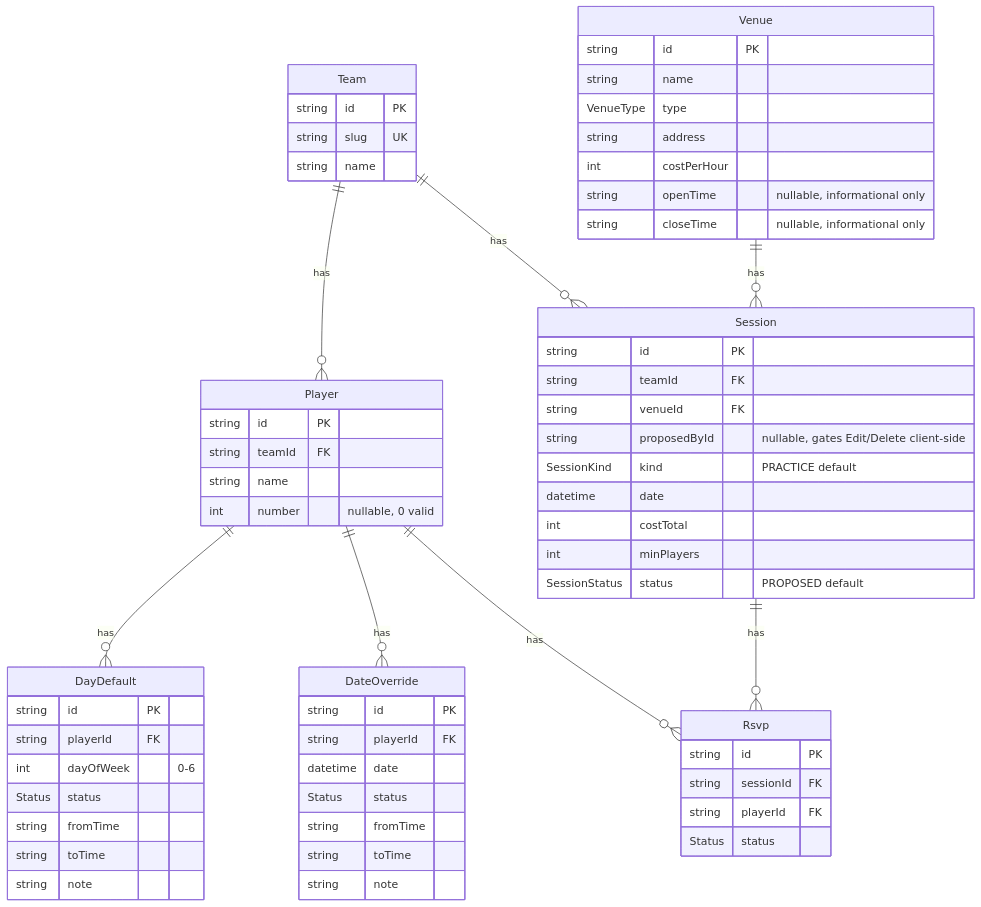
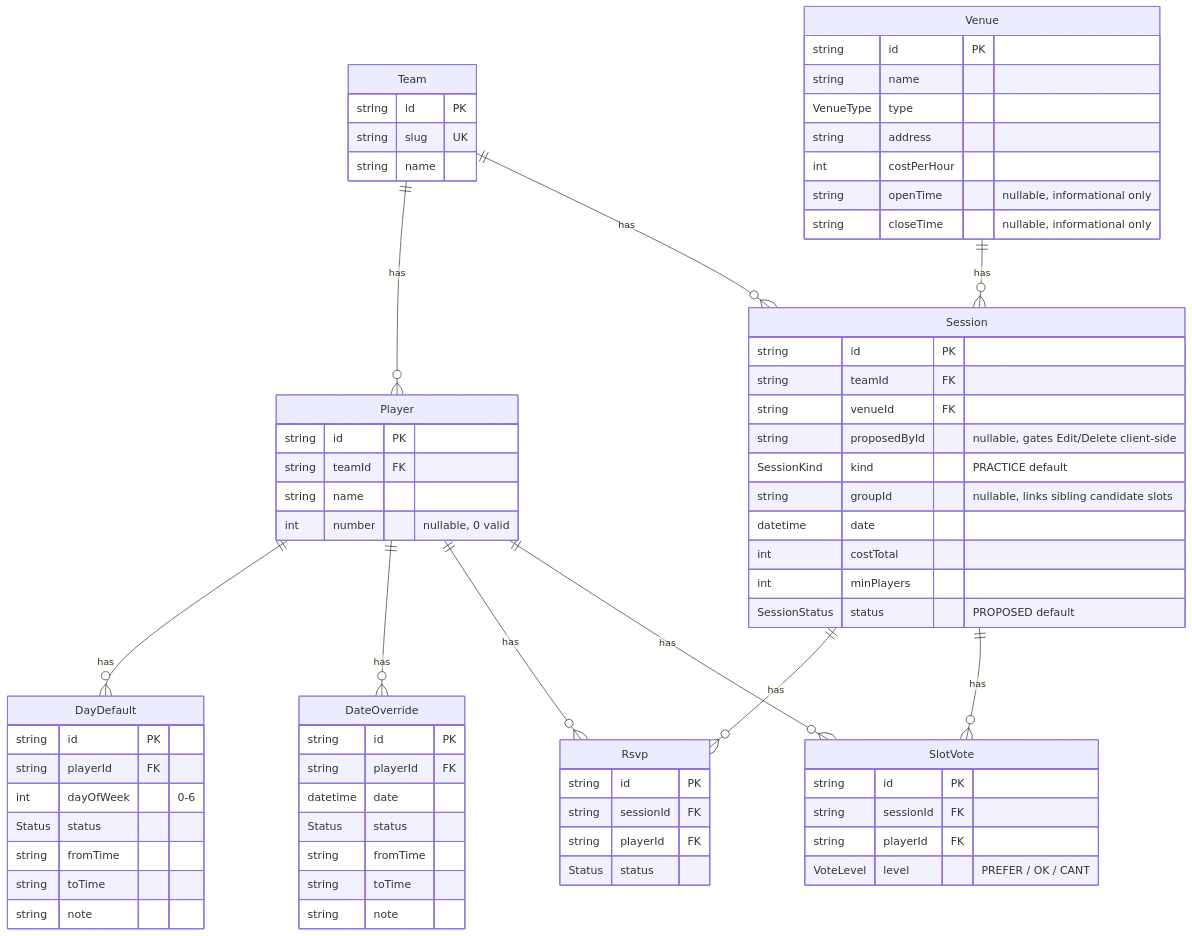
Before and after one commit to tmdbah/practice-runs: the third of 11 diagrams in context/practiceRuns-Architecture.md, drawn with Mermaid. The commit also changed other lines of this file and 27 other files, not shown here.

First line of the commit message:
feat: add multi-slot session voting with turnout-ranked candidate times

````diff
--- a/context/practiceRuns-Architecture.md
+++ b/context/practiceRuns-Architecture.md
@@ -93,66 +93,75 @@
 ```mermaid
 erDiagram
     Team ||--o{ Player : has
     Player ||--o{ DayDefault : has
     Player ||--o{ DateOverride : has
     Team ||--o{ Session : has
     Venue ||--o{ Session : has
     Session ||--o{ Rsvp : has
     Player ||--o{ Rsvp : has
+    Session ||--o{ SlotVote : has
+    Player ||--o{ SlotVote : has
 
     Team {
         string id PK
         string slug UK
         string name
     }
     Player {
         string id PK
         string teamId FK
         string name
         int number "nullable, 0 valid"
     }
     DayDefault {
         string id PK
         string playerId FK
         int dayOfWeek "0-6"
         Status status
         string fromTime
         string toTime
         string note
     }
     DateOverride {
         string id PK
         string playerId FK
         datetime date
         Status status
         string fromTime
         string toTime
         string note
     }
     Venue {
         string id PK
         string name
         VenueType type
         string address
         int costPerHour
         string openTime "nullable, informational only"
         string closeTime "nullable, informational only"
     }
     Session {
         string id PK
         string teamId FK
         string venueId FK
         string proposedById "nullable, gates Edit/Delete client-side"
         SessionKind kind "PRACTICE default"
+        string groupId "nullable, links sibling candidate slots"
         datetime date
         int costTotal
         int minPlayers
         SessionStatus status "PROPOSED default"
     }
     Rsvp {
         string id PK
         string sessionId FK
         string playerId FK
         Status status
     }
+    SlotVote {
+        string id PK
+        string sessionId FK
+        string playerId FK
+        VoteLevel level "PREFER / OK / CANT"
+    }
 ```
````
